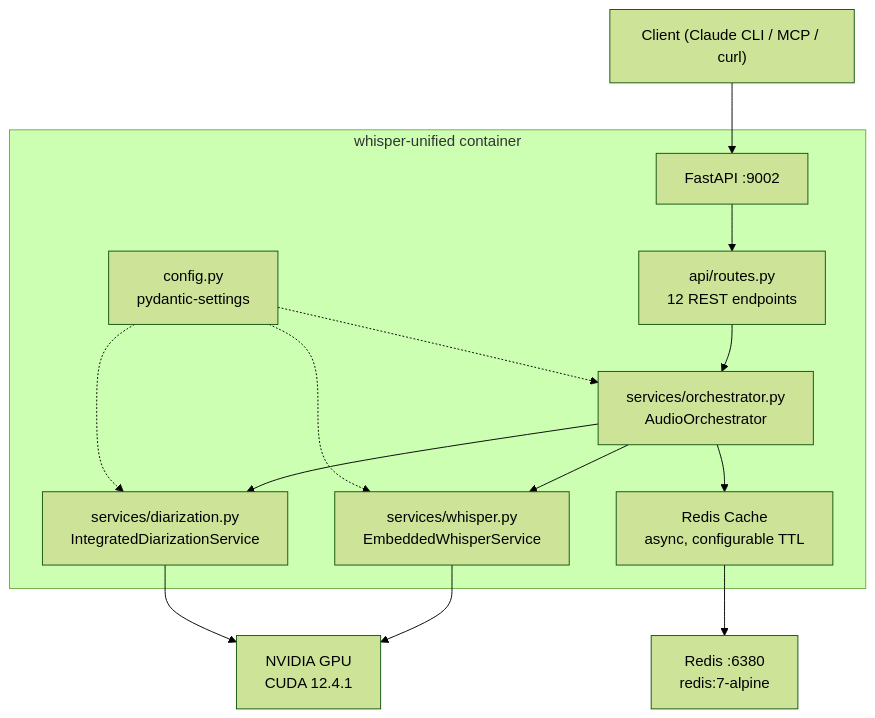
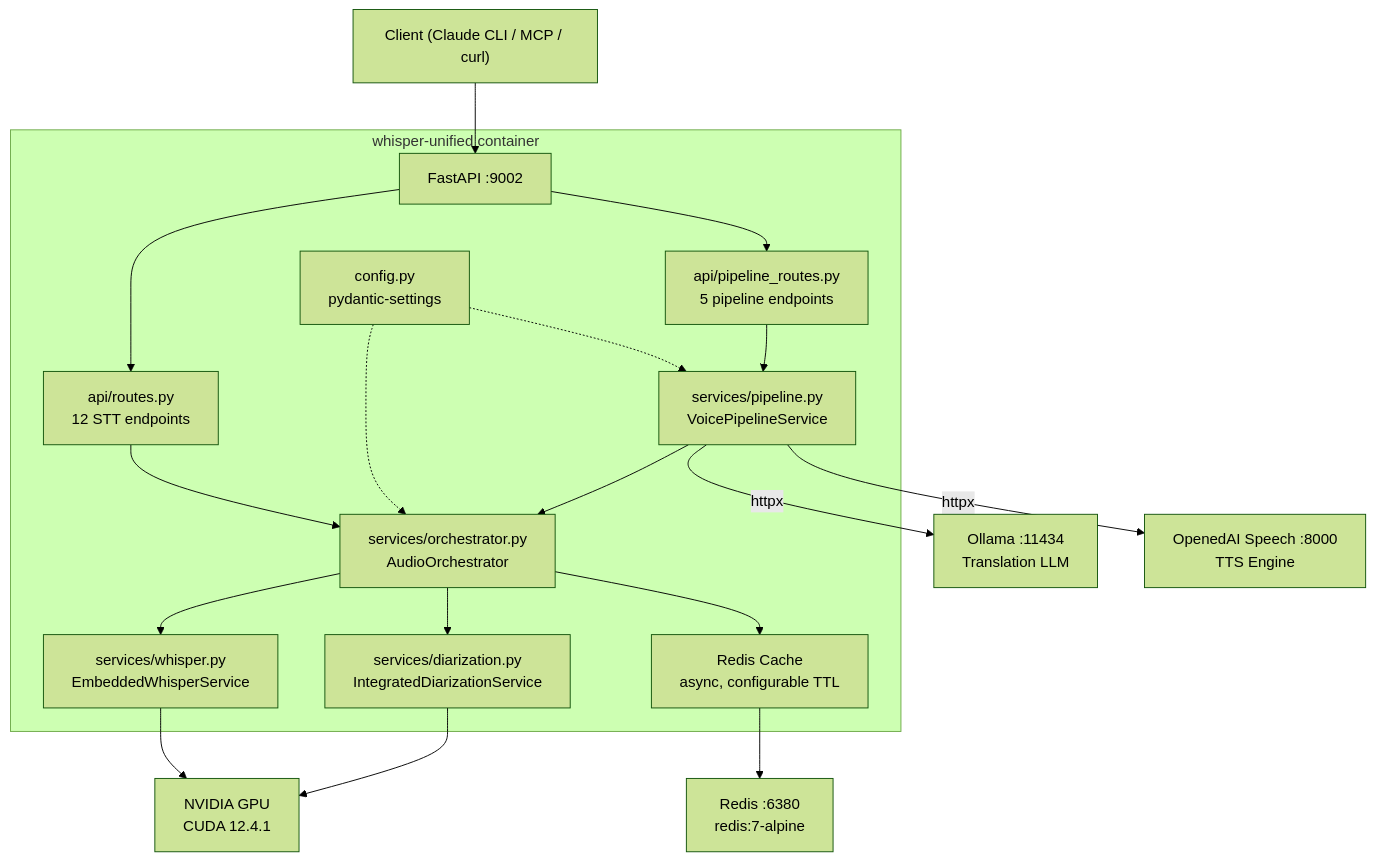
The diagram in CLAUDE.md (JacekZubielik/whisper-unified), drawn with Mermaid (forest theme) before and after one commit. The commit also changed other lines of this file and 20 other files, not shown here.

First line of the commit message:
feat: merge voice-pipeline into whisper-unified (#5)

````diff
--- a/CLAUDE.md
+++ b/CLAUDE.md
@@ -63,19 +63,23 @@
 ```mermaid
 flowchart TD
     Client["Client (Claude CLI / MCP / curl)"] --> API["FastAPI :9002"]
 
     subgraph Container["whisper-unified container"]
-        API --> Routes["api/routes.py<br/>12 REST endpoints"]
+        API --> Routes["api/routes.py<br/>12 STT endpoints"]
+        API --> PRoutes["api/pipeline_routes.py<br/>5 pipeline endpoints"]
         Routes --> Orch["services/orchestrator.py<br/>AudioOrchestrator"]
+        PRoutes --> Pipeline["services/pipeline.py<br/>VoicePipelineService"]
+        Pipeline --> Orch
         Orch --> Whisper["services/whisper.py<br/>EmbeddedWhisperService"]
         Orch --> Diarize["services/diarization.py<br/>IntegratedDiarizationService"]
         Orch --> Cache["Redis Cache<br/>async, configurable TTL"]
         Config["config.py<br/>pydantic-settings"] -.-> Orch
-        Config -.-> Whisper
-        Config -.-> Diarize
+        Config -.-> Pipeline
     end
 
+    Pipeline -->|httpx| Ollama["Ollama :11434<br/>Translation LLM"]
+    Pipeline -->|httpx| TTS["OpenedAI Speech :8000<br/>TTS Engine"]
     Whisper --> GPU["NVIDIA GPU<br/>CUDA 12.4.1"]
     Diarize --> GPU
     Cache --> Redis["Redis :6380<br/>redis:7-alpine"]
 ```
````
